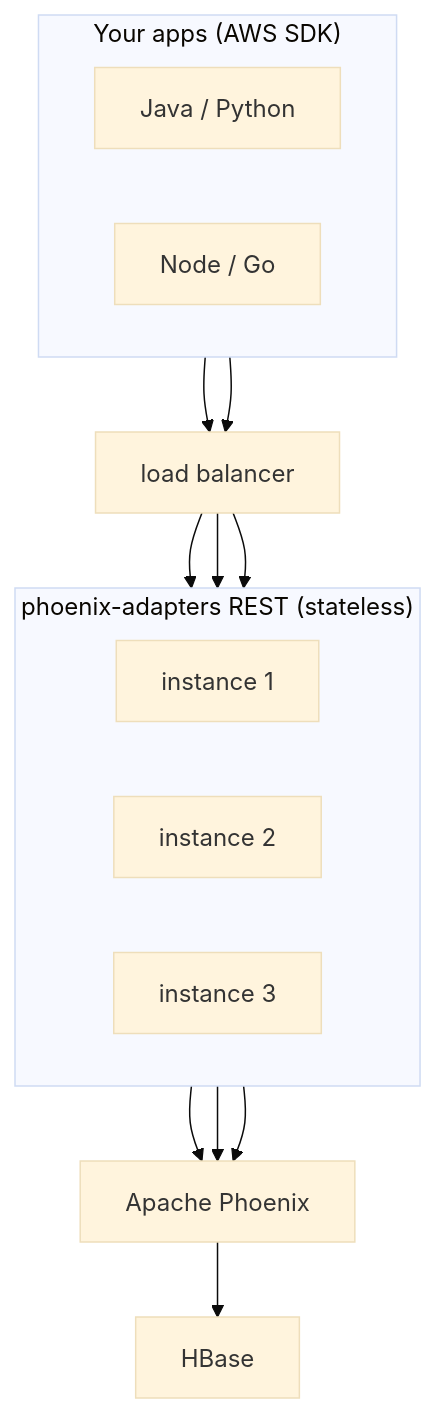
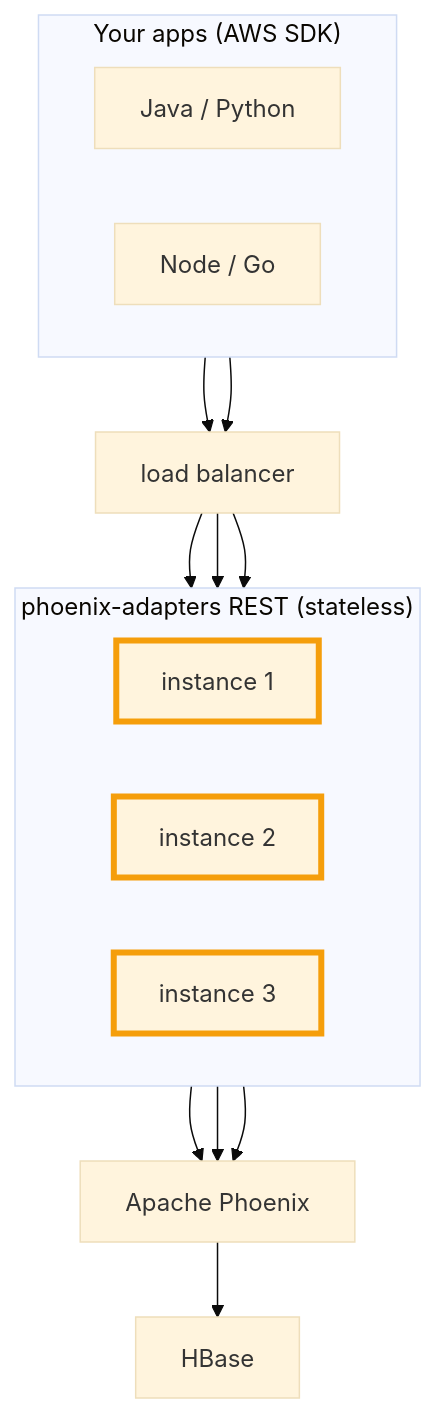
One commit to palashc/palashc.github.io changed the diagram in src/content/blog/phoenix-adapters-service.md. Above: the diagram before and after it, drawn with Mermaid (base theme). The commit also changed 21 other files, not shown here.

````diff
--- a/src/content/blog/phoenix-adapters-service.md
+++ b/src/content/blog/phoenix-adapters-service.md
@@ -27,26 +27,29 @@
 ```mermaid
 flowchart TB
   subgraph clients ["Your apps (AWS SDK)"]
     direction LR
     c1["Java / Python"]
     c2["Node / Go"]
   end
   lb["load balancer"]
   subgraph rest ["phoenix-adapters REST (stateless)"]
     direction LR
     r1["instance 1"]
     r2["instance 2"]
     r3["instance 3"]
   end
   px["Apache Phoenix"]
   hb["HBase"]
   c1 --> lb
   c2 --> lb
   lb --> r1
   lb --> r2
   lb --> r3
   r1 --> px
   r2 --> px
   r3 --> px
   px --> hb
+  style r1 stroke:#f59e0b,stroke-width:4px
+  style r2 stroke:#f59e0b,stroke-width:4px
+  style r3 stroke:#f59e0b,stroke-width:4px
 ```
````
